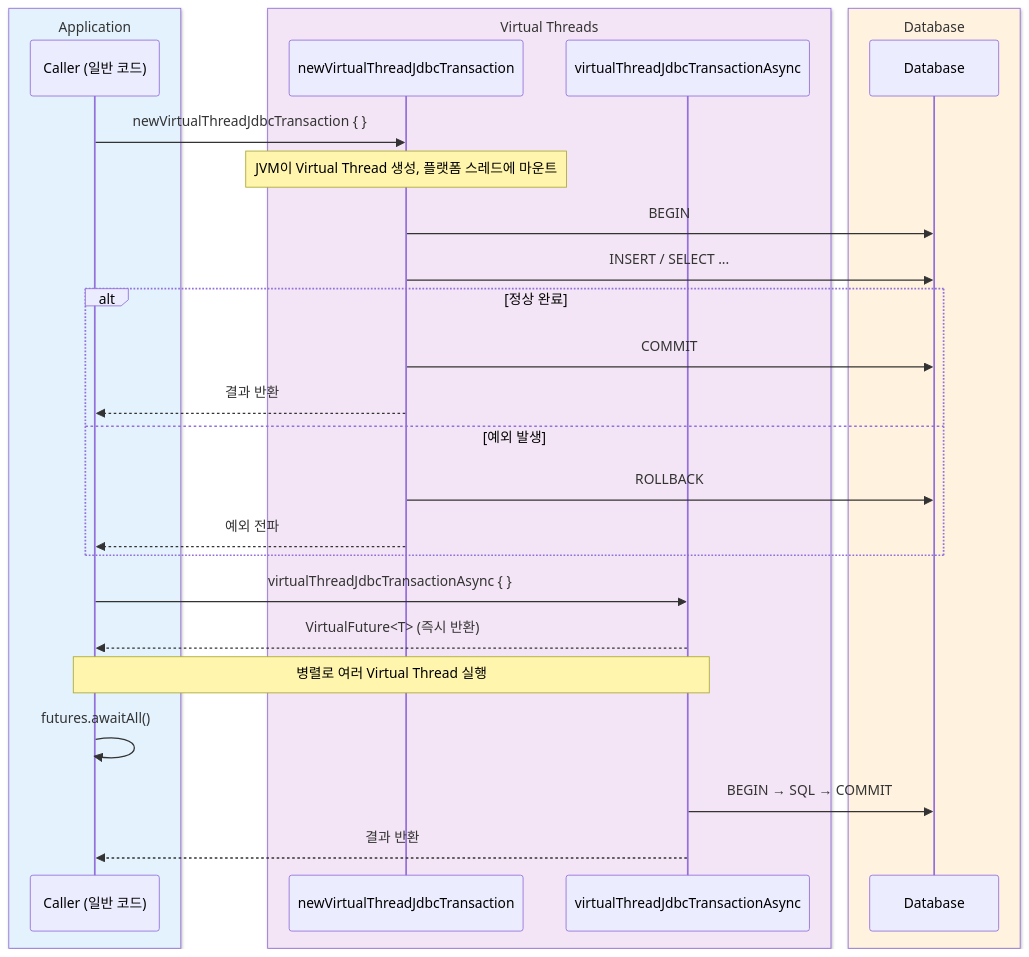
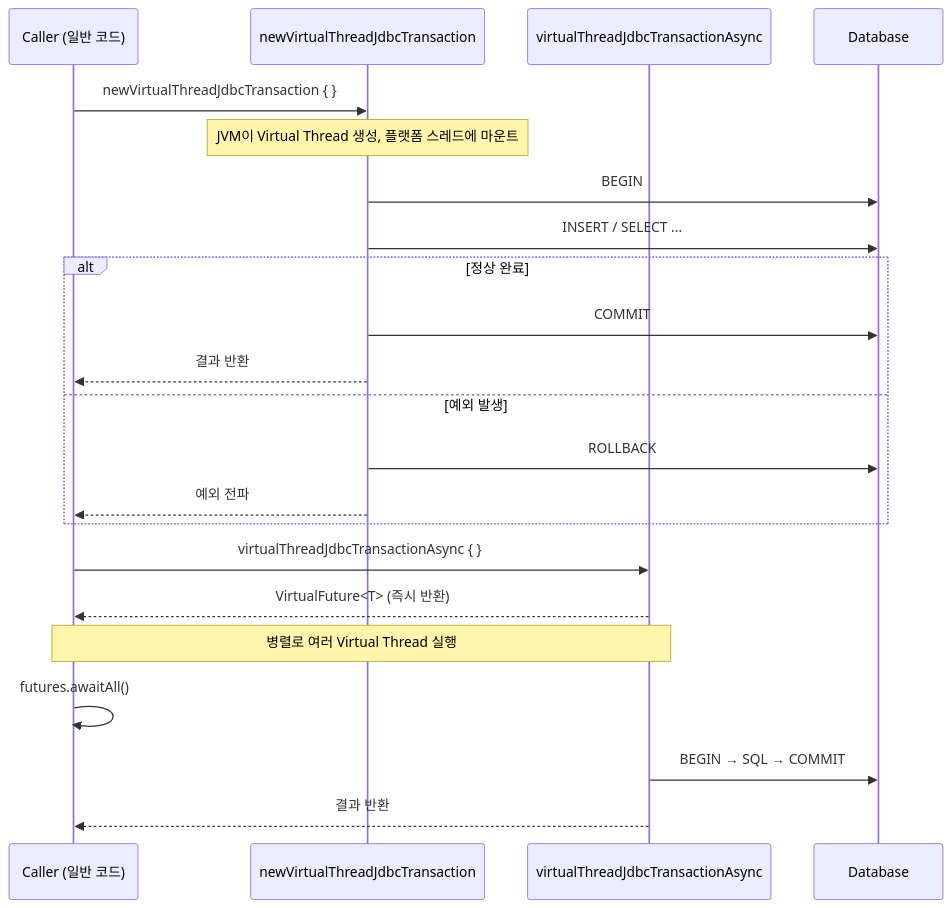
One commit to bluetape4k/exposed-workshop changed the first of 4 diagrams in 08-coroutines/02-virtualthreads-basic/README.ko.md. Above: the diagram before and after it, drawn with Mermaid. The commit also changed 42 other files, not shown here.

First line of the commit message:
docs: sequence diagram에서 box rgb() 제거 (option 1 - GitHub dark mode 기본 렌더링 사용)

````diff
--- a/08-coroutines/02-virtualthreads-basic/README.ko.md
+++ b/08-coroutines/02-virtualthreads-basic/README.ko.md
@@ -52,33 +52,27 @@
 ```mermaid
 %%{init: {"theme": "neutral", "themeVariables": {"fontFamily": "'Comic Mono', 'goorm sans code', 'JetBrains Mono', 'goorm sans'"}}}%%
 sequenceDiagram
-    box rgb(227, 242, 253) Application
-        participant C as Caller (일반 코드)
-    end
-    box rgb(243, 229, 245) Virtual Threads
-        participant VT as newVirtualThreadJdbcTransaction
-        participant VTA as virtualThreadJdbcTransactionAsync
-    end
-    box rgb(255, 243, 224) Database
-        participant DB as Database
-    end
+    participant C as Caller (일반 코드)
+    participant VT as newVirtualThreadJdbcTransaction
+    participant VTA as virtualThreadJdbcTransactionAsync
+    participant DB as Database
 
     C->>VT: newVirtualThreadJdbcTransaction { }
     Note over VT: JVM이 Virtual Thread 생성, 플랫폼 스레드에 마운트
     VT->>DB: BEGIN
     VT->>DB: INSERT / SELECT ...
     alt 정상 완료
         VT->>DB: COMMIT
         VT-->>C: 결과 반환
     else 예외 발생
         VT->>DB: ROLLBACK
         VT-->>C: 예외 전파
     end
 
     C->>VTA: virtualThreadJdbcTransactionAsync { }
     VTA-->>C: VirtualFuture<T> (즉시 반환)
     Note over C,VTA: 병렬로 여러 Virtual Thread 실행
     C->>C: futures.awaitAll()
     VTA->>DB: BEGIN → SQL → COMMIT
     VTA-->>C: 결과 반환
 ```
````
